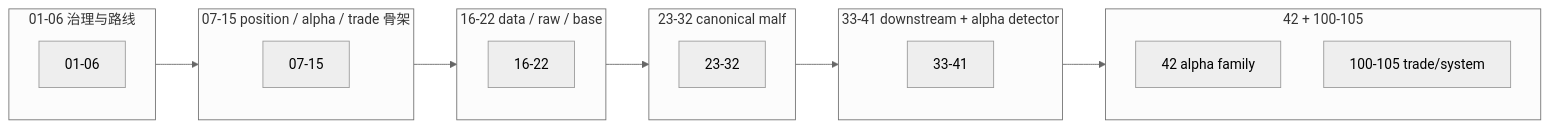
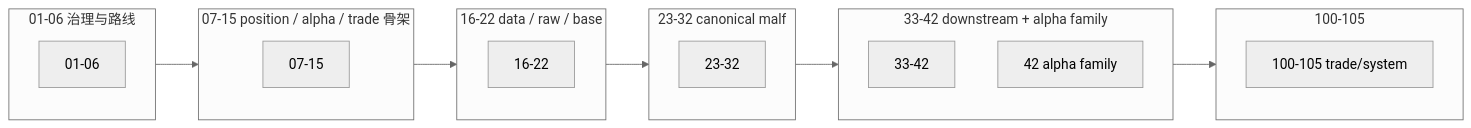
One commit to everything-is-simple/lifespan-0.01 changed the diagram in docs/03-execution/00-conclusion-catalog-20260409.md. Above: the diagram before and after it, drawn with Mermaid (neutral theme). The commit also changed other lines of this file and 16 other files, not shown here.

Commit message:
alpha: family malf alignment

````diff
--- a/docs/03-execution/00-conclusion-catalog-20260409.md
+++ b/docs/03-execution/00-conclusion-catalog-20260409.md
@@ -67,23 +68,23 @@
 ```mermaid
 flowchart LR
     subgraph GOV["01-06 治理与路线"]
         C01["01-06"]
     end
     subgraph MAIN["07-15 position / alpha / trade 骨架"]
         C07["07-15"]
     end
     subgraph DATA["16-22 data / raw / base"]
         C16["16-22"]
     end
     subgraph MALF["23-32 canonical malf"]
         C23["23-32"]
     end
-    subgraph DOWN["33-41 downstream + alpha detector"]
-        C33["33-41"]
+    subgraph DOWN["33-42 downstream + alpha family"]
+        C33["33-42"]
+        C42["42 alpha family"]
     end
-    subgraph NEXT["42 + 100-105"]
-        C42["42 alpha family"]
+    subgraph NEXT["100-105"]
         C100["100-105 trade/system"]
     end
     GOV --> MAIN --> DATA --> MALF --> DOWN --> NEXT
 ```
````
